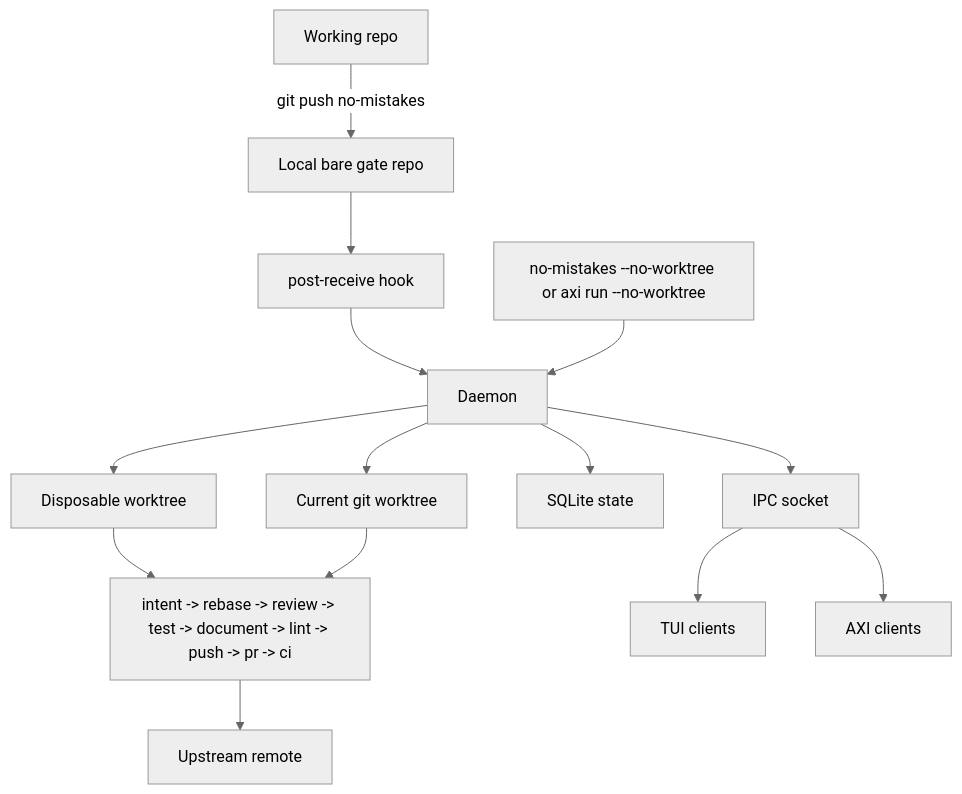
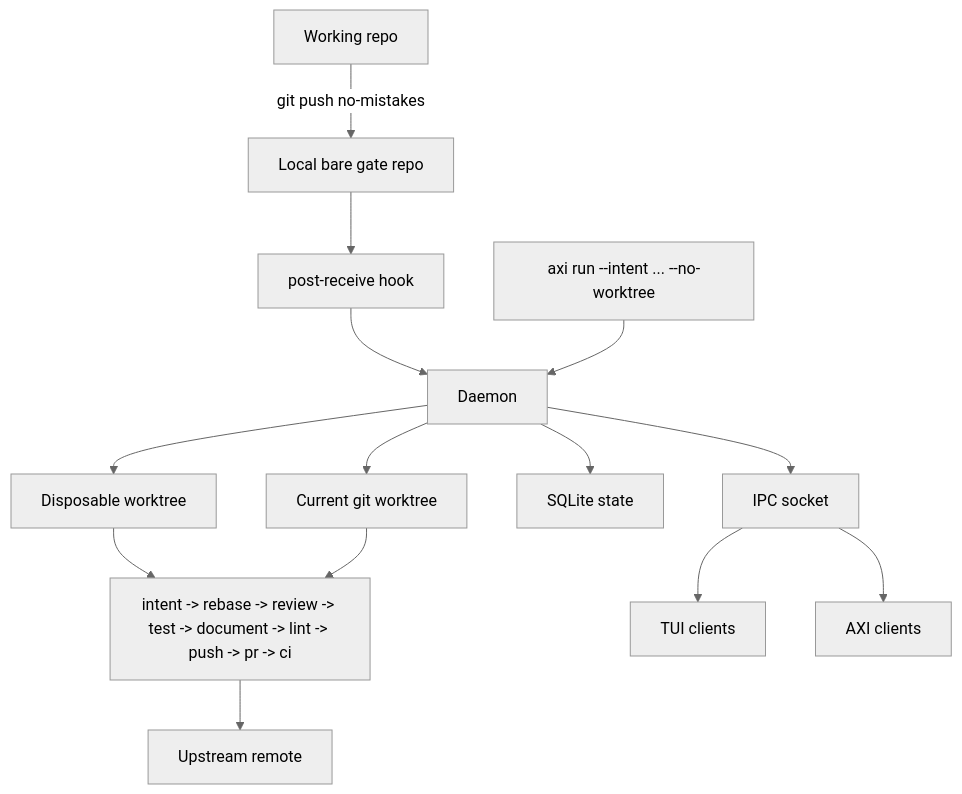
The diagram in docs/src/content/docs/concepts/gate-model.md (anhle128/no-mistakes), drawn with Mermaid (neutral theme) before and after one commit. The commit also changed other lines of this file and 26 other files, not shown here.

Commit message:
no-mistakes(document): Sync current-worktree docs

````diff
--- a/docs/src/content/docs/concepts/gate-model.md
+++ b/docs/src/content/docs/concepts/gate-model.md
@@ -14,16 +14,16 @@
 ```mermaid
 flowchart TD
   repo["Working repo"] -->|"git push no-mistakes"| gate["Local bare gate repo"]
   gate --> hook["post-receive hook"]
   hook --> daemon["Daemon"]
-  axiStart["no-mistakes --no-worktree or axi run --no-worktree"] --> daemon
+  axiStart["axi run --intent ... --no-worktree"] --> daemon
   daemon --> worktree["Disposable worktree"]
   daemon --> current["Current git worktree"]
   worktree --> pipeline["intent -> rebase -> review -> test -> document -> lint -> push -> pr -> ci"]
   current --> pipeline
   pipeline --> upstream["Upstream remote"]
   daemon --> db["SQLite state"]
   daemon --> ipc["IPC socket"]
   ipc --> tui["TUI clients"]
   ipc --> axi["AXI clients"]
 ```
````
